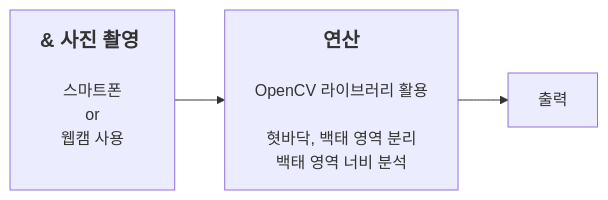
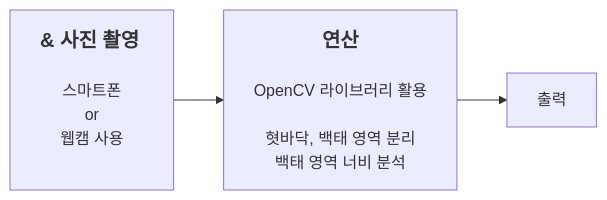
One commit to 201710808/-p changed the diagram in Readme.md. Above: the diagram before and after it, drawn with Mermaid.

````diff
--- a/Readme.md
+++ b/Readme.md
@@ -3,5 +3,5 @@
 ```mermaid
 graph LR
-A[<b><span style='font-size:20px'>&#160;사진 촬영&#160;</span></b><br><br>스마트폰\nor\n웹캠 사용<br><br>]-->B[<b><span style='font-size:20px'>연산</span></b><br><br>OpenCV 라이브러리 활용<br><br>혓바닥, 백태 영역 분리<br>백태 영역 너비 분석]
+A[<b><span style='font-size:20px'>&#160;사진 촬영</span></b>&#160;<br><br>스마트폰\nor\n웹캠 사용<br><br>]-->B[<b><span style='font-size:20px'>연산</span></b><br><br>OpenCV 라이브러리 활용<br><br>혓바닥, 백태 영역 분리<br>백태 영역 너비 분석]
 B-->C[출력]
 ```
````
